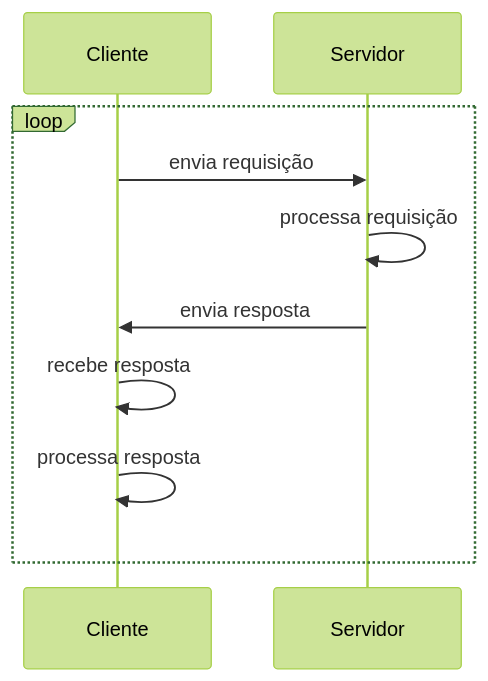
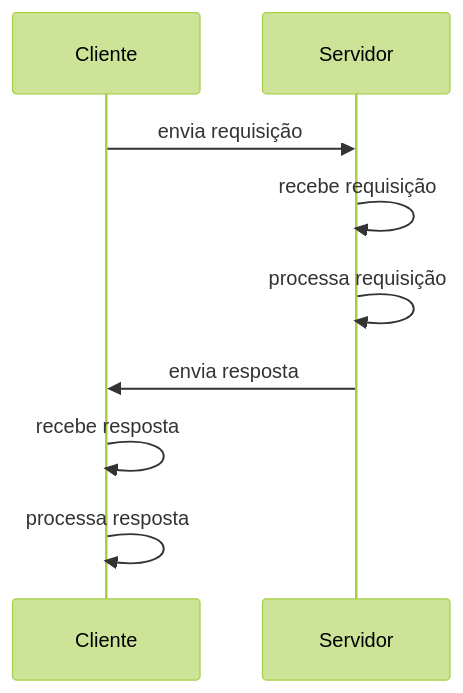
One commit to Industrialli/industrialli_modbus changed the second of 2 diagrams in README.md. Above: the diagram before and after it, drawn with Mermaid (forest theme).

````diff
--- a/README.md
+++ b/README.md
@@ -44,13 +44,12 @@
 ```mermaid
 sequenceDiagram
-    participant Cliente
-    participant Servidor
-    loop
-        Cliente->>Servidor: envia requisição
-        Servidor->>Servidor: processa requisição
-        Servidor->>Cliente: envia resposta
-        Cliente->>Cliente: recebe resposta
-        Cliente->>Cliente: processa resposta
-    end
+participant Cliente
+participant Servidor
+Cliente->>Servidor: envia requisição
+Servidor->>Servidor: recebe requisição
+Servidor->>Servidor: processa requisição
+Servidor->>Cliente: envia resposta
+Cliente->>Cliente: recebe resposta
+Cliente->>Cliente: processa resposta
     
 ```
````
